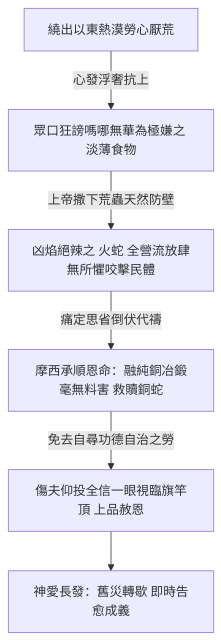
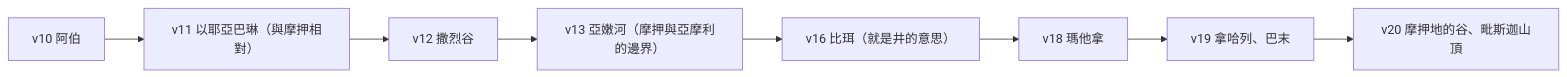
Before and after one commit to andyjr5566/Bible_wiki_zh: the diagram in 04 民數記/第21章.md, drawn with Mermaid. The commit also changed other lines of this file and 50 other files, not shown here.

````diff
--- a/04 民數記/第21章.md
+++ b/04 民數記/第21章.md
@@ -99,8 +132,10 @@
 ```mermaid
-flowchart TD
-    A["繞出以東熱漠勞心厭荒"] -->|心發浮奢抗上| B["眾口狂謗嗎哪無華為極嫌之 淡薄食物"]
-    B -->|上帝撒下荒蟲天然防壁| C["凶焰絕辣之 火蛇 全營流放肆無所懼咬擊民體"]
-    C -->|痛定思省倒伏代禱| D["摩西承順恩命：融純銅冶鍛毫無料害 救贖銅蛇"]
-    D -->|免去自尋功德自治之勞| E["傷夫仰投全信一眼視臨旗竿頂 上品赦恩"]
-    E --> F["神愛長發：舊災轉歇 即時告愈成義"]
+flowchart LR
+    A["v10 阿伯"] --> B["v11 以耶亞巴琳（與摩押相對）"]
+    B --> C["v12 撒烈谷"]
+    C --> D["v13 亞嫩河（摩押與亞摩利的邊界）"]
+    D --> E["v16 比珥（就是井的意思）"]
+    E --> F["v18 瑪他拿"]
+    F --> G["v19 拿哈列、巴末"]
+    G --> H["v20 摩押地的谷、毗斯迦山頂"]
 ```
````
